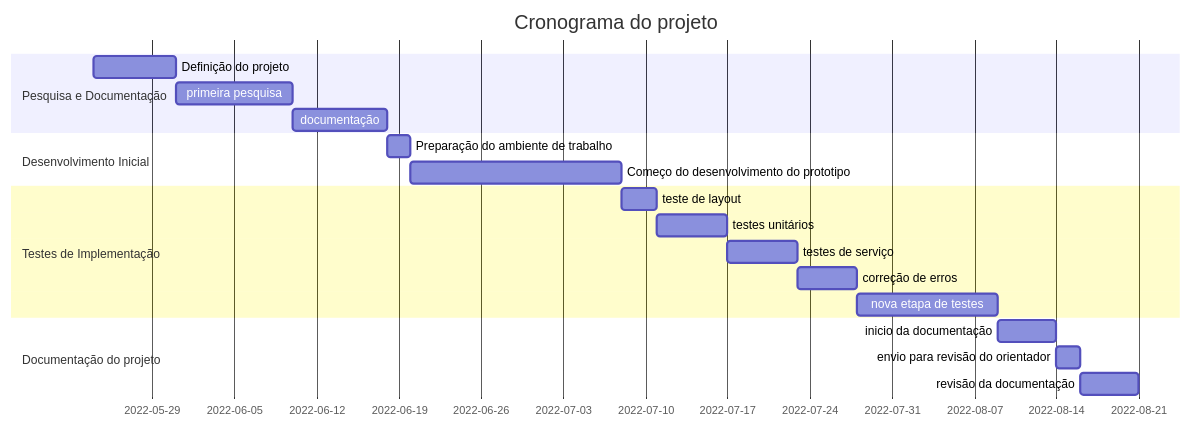
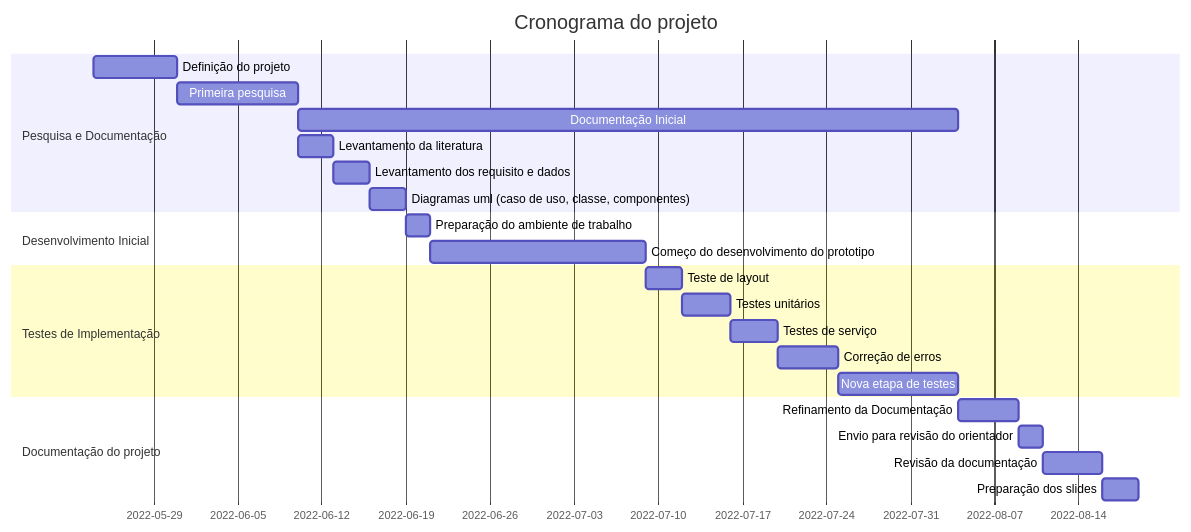
Before and after one commit to HetrisleyGomes/PI: the diagram in README.md, drawn with Mermaid. The commit also changed other lines of this file, not shown here.

````diff
--- a/README.md
+++ b/README.md
@@ -7,26 +10,30 @@
 ```mermaid
 gantt
 title Cronograma do projeto
 dateFormat DD-MM-YYYY
 section Pesquisa e Documentação
  Definição do projeto     :a1, 24-05-2022, 7d
- primeira pesquisa        :a2, after a1, 10d
- documentação             :a3, after a2, 8d
+ Primeira pesquisa        :a2, after a1, 10d
+ Documentação Inicial     :a3, after a2, 55d
+ Levantamento da literatura :a4, after a2, 3d
+	Levantamento dos requisito e dados	:3d
+	Diagramas uml (caso de uso, classe, componentes) :3d
 
 section Desenvolvimento Inicial
-  Preparação do ambiente de trabalho      :a4, after a3, 2d
-  Começo do desenvolvimento do prototipo  :a5, after a4, 18d
+  Preparação do ambiente de trabalho      :2d
+  Começo do desenvolvimento do prototipo  :18d
 
 section Testes de Implementação
-  teste de layout     :3d
-  testes unitários    :6d
-  testes de serviço   :6d
-  correção de erros   :5d
-  nova etapa de testes:12d
+  Teste de layout     :3d
+  Testes unitários    :4d
+  Testes de serviço   :4d
+  Correção de erros   :5d
+  Nova etapa de testes:10d
   
 section Documentação do projeto
-  inicio da documentação           :5d
-  envio para revisão do orientador :2d
-  revisão da documentação          :5d
+  Refinamento da Documentação      :after a3, 5d
+  Envio para revisão do orientador :2d
+  Revisão da documentação          :5d
+  Preparação dos slides												:3d
 
 ```
````
